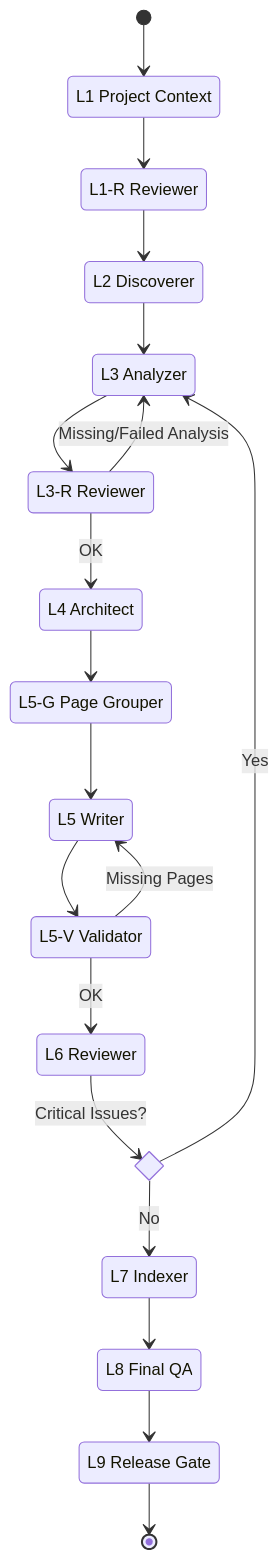
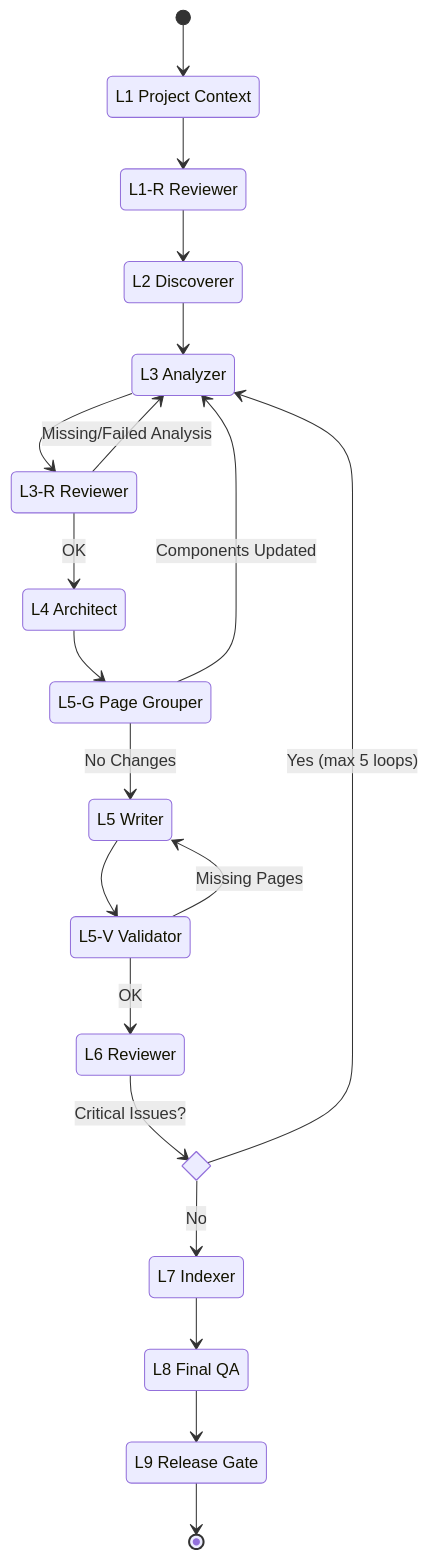
One commit to ifapmzadu6/vscode-copilot-deepwiki-extention changed the diagram in docs/agent-orchestration.md. Above: the diagram before and after it, drawn with Mermaid. The commit also changed other lines of this file and 5 other files, not shown here.

````diff
--- a/docs/agent-orchestration.md
+++ b/docs/agent-orchestration.md
@@ -87,37 +73,42 @@
 ```mermaid
 stateDiagram-v2
     [*] --> L1
+
     state "L1 Project Context" as L1
     state "L1-R Reviewer" as L1R
     state "L2 Discoverer" as L2
     state "L3 Analyzer" as L3
     state "L3-R Reviewer" as L3R
     state "L4 Architect" as L4
     state "L5-G Page Grouper" as L5G
     state "L5 Writer" as L5
     state "L5-V Validator" as L5V
     state "L6 Reviewer" as L6
     state "L7 Indexer" as L7
     state "L8 Final QA" as L8
     state "L9 Release Gate" as L9
 
     L1 --> L1R
     L1R --> L2
     L2 --> L3
     L3 --> L3R
     L3R --> L3: Missing/Failed Analysis
     L3R --> L4: OK
+
     L4 --> L5G
-    L5G --> L5
+    L5G --> L3: Components Updated
+    L5G --> L5: No Changes
+
     L5 --> L5V
     L5V --> L5: Missing Pages
     L5V --> L6: OK
 
     state L6_Decision <<choice>>
     L6 --> L6_Decision: Critical Issues?
-    L6_Decision --> L3: Yes
+    L6_Decision --> L3: Yes (max 5 loops)
     L6_Decision --> L7: No
+
     L7 --> L8
     L8 --> L9
     L9 --> [*]
 ```
````
